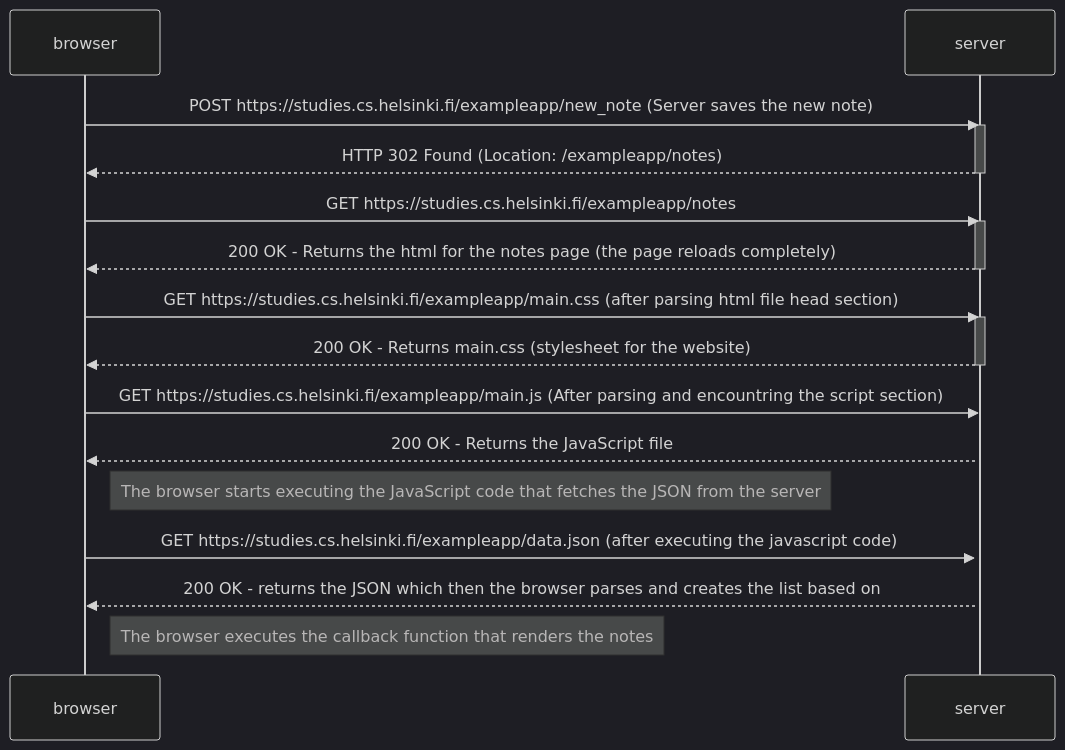
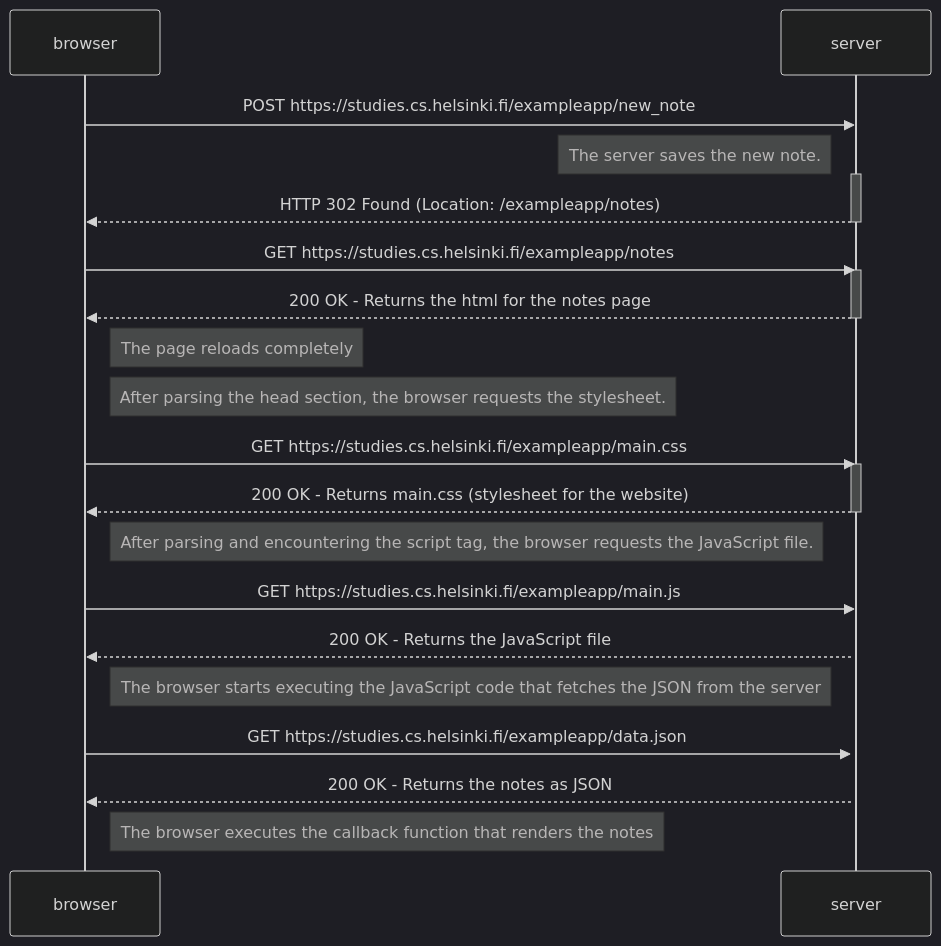
One commit to DrFinger2/fullstackopen-2026 changed the diagram in osa0/0.4.md. Above: the diagram before and after it, drawn with Mermaid (dark theme).

````diff
--- a/osa0/0.4.md
+++ b/osa0/0.4.md
@@ -1,31 +1,34 @@
 ```mermaid
 sequenceDiagram
     participant browser
     participant server
     
-    browser->>server: POST https://studies.cs.helsinki.fi/exampleapp/new_note (Server saves the new note)
+    browser->>server: POST https://studies.cs.helsinki.fi/exampleapp/new_note
+    Note left of server: The server saves the new note.
     activate server
     server-->>browser: HTTP 302 Found (Location: /exampleapp/notes)
     deactivate server
     
     browser->>server: GET https://studies.cs.helsinki.fi/exampleapp/notes
     activate server
-    server-->>browser: 200 OK - Returns the html for the notes page (the page reloads completely)
+    server-->>browser: 200 OK - Returns the html for the notes page
     deactivate server
-    
-    browser->>server: GET https://studies.cs.helsinki.fi/exampleapp/main.css (after parsing html file head section)
+    Note right of browser: The page reloads completely
+
+    Note right of browser: After parsing the head section, the browser requests the stylesheet.
+    browser->>server: GET https://studies.cs.helsinki.fi/exampleapp/main.css
     activate server
     server-->>browser: 200 OK - Returns main.css (stylesheet for the website)
     deactivate server
     
-   
-    browser->>server: GET https://studies.cs.helsinki.fi/exampleapp/main.js (After parsing and encountring the script section)
+    Note right of browser: After parsing and encountering the script tag, the browser requests the JavaScript file.
+    browser->>server: GET https://studies.cs.helsinki.fi/exampleapp/main.js
     activate server
     server-->>browser: 200 OK - Returns the JavaScript file
 
      Note right of browser: The browser starts executing the JavaScript code that fetches the JSON from the server
-     browser->>server: GET https://studies.cs.helsinki.fi/exampleapp/data.json (after executing the javascript code)
-    server-->>browser: 200 OK - returns the JSON which then the browser parses and creates the list based on
+     browser->>server: GET https://studies.cs.helsinki.fi/exampleapp/data.json
+    server-->>browser: 200 OK - Returns the notes as JSON
 
     Note right of browser: The browser executes the callback function that renders the notes 
 ```
````
